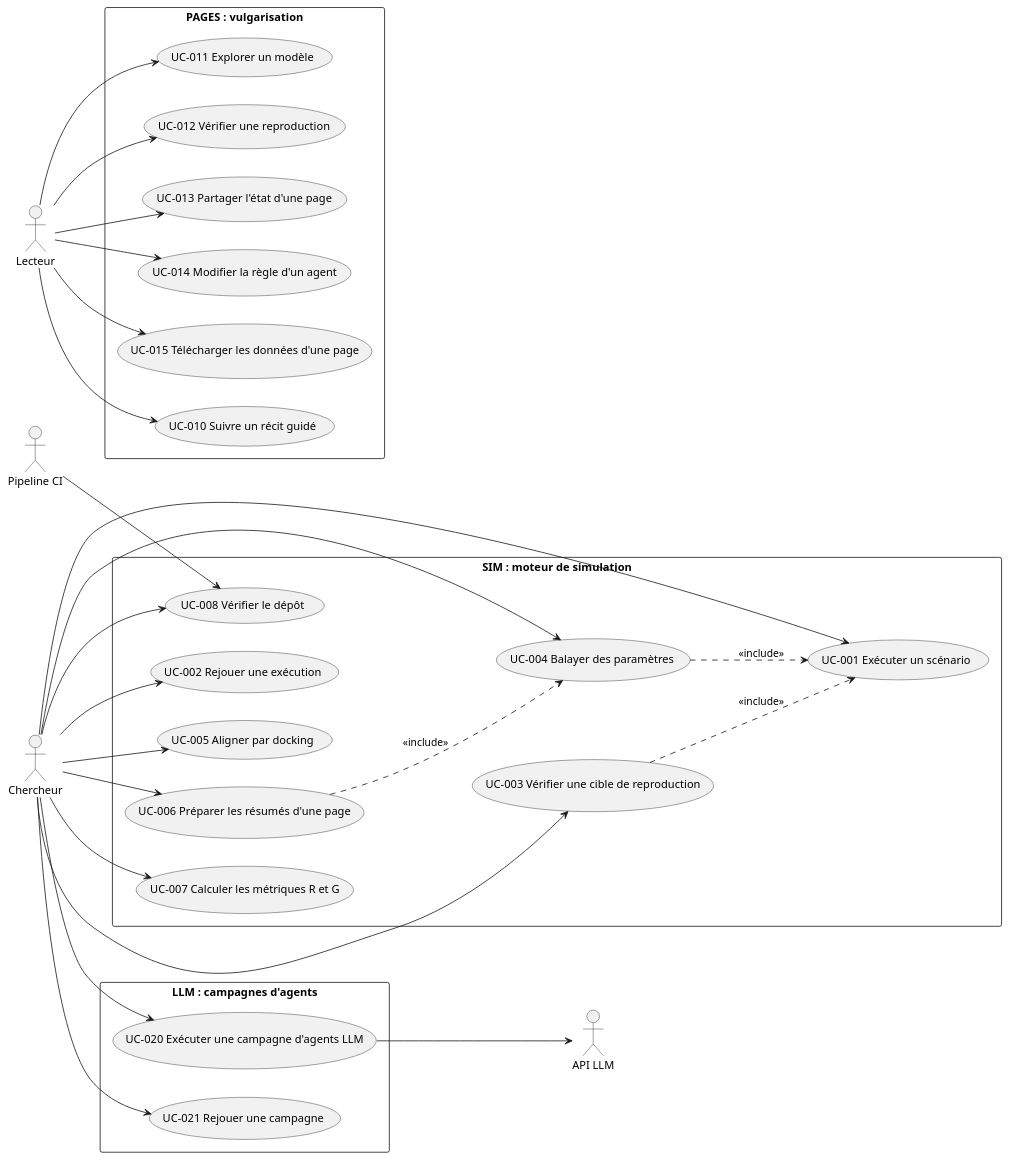
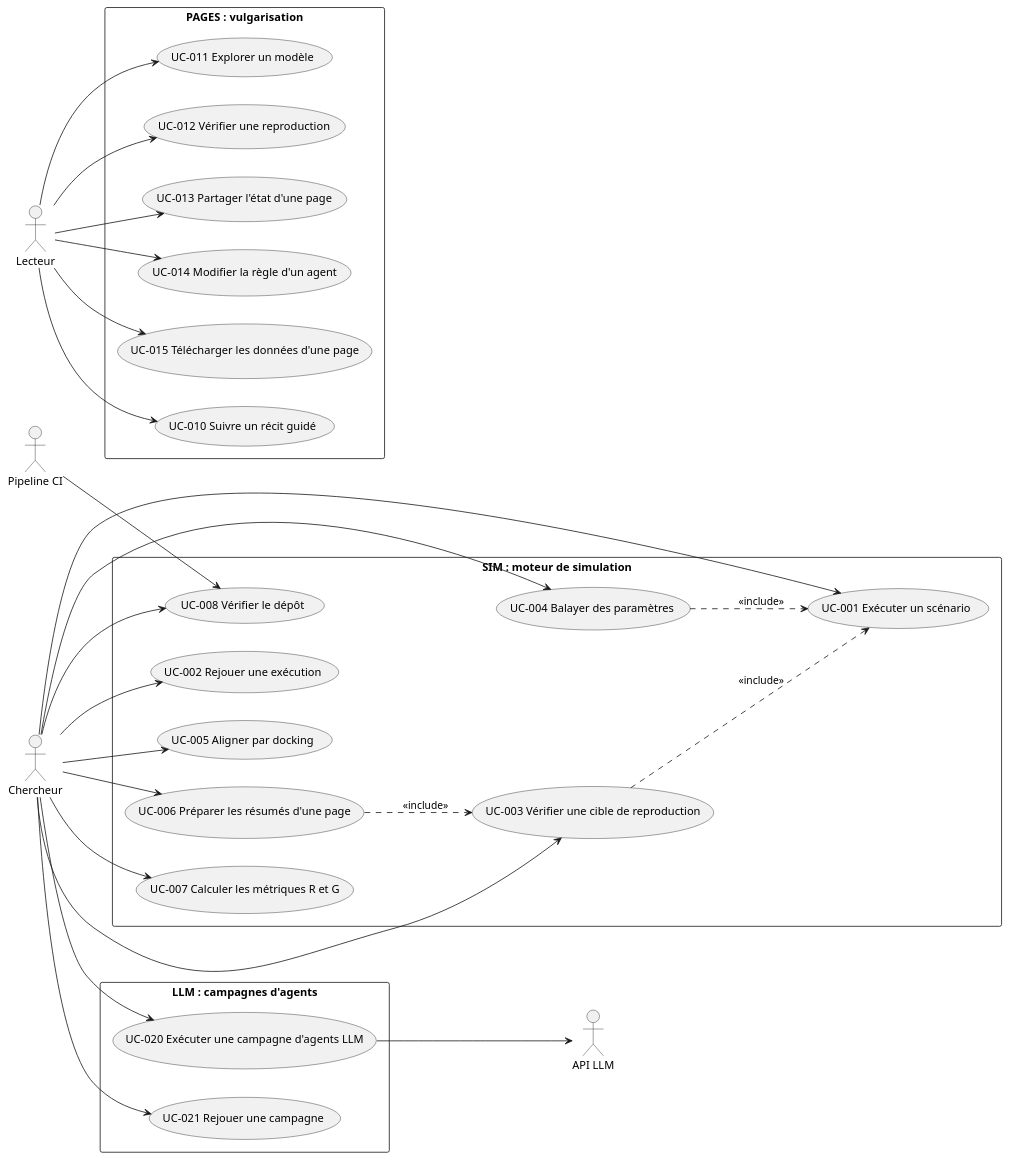
The diagram in colonies-agentique/specs/cas-utilisation.puml (agbruneau/Prospection), drawn with PlantUML before and after one commit. The commit also changed 29 other files, not shown here.

```diff
--- a/colonies-agentique/specs/cas-utilisation.puml
+++ b/colonies-agentique/specs/cas-utilisation.puml
@@ -1,61 +1,61 @@
 @startuml cas-utilisation
 ' Diagramme des cas d'utilisation de la plateforme colonies-agentique.
 ' Il sert aussi de liste de contrôle : un cas présent ici sans fichier dans cas-utilisation/ reste à rédiger.
 left to right direction
 skinparam packageStyle rectangle
 
 actor "Chercheur" as Chercheur
 actor "Pipeline CI" as CI
 actor "Lecteur" as Lecteur
 actor "API LLM" as API
 
 rectangle "SIM : moteur de simulation" {
   usecase "UC-001 Exécuter un scénario" as UC001
   usecase "UC-002 Rejouer une exécution" as UC002
   usecase "UC-003 Vérifier une cible de reproduction" as UC003
   usecase "UC-004 Balayer des paramètres" as UC004
   usecase "UC-005 Aligner par docking" as UC005
   usecase "UC-006 Préparer les résumés d'une page" as UC006
   usecase "UC-007 Calculer les métriques R et G" as UC007
   usecase "UC-008 Vérifier le dépôt" as UC008
 }
 
 rectangle "PAGES : vulgarisation" {
   usecase "UC-010 Suivre un récit guidé" as UC010
   usecase "UC-011 Explorer un modèle" as UC011
   usecase "UC-012 Vérifier une reproduction" as UC012
   usecase "UC-013 Partager l'état d'une page" as UC013
   usecase "UC-014 Modifier la règle d'un agent" as UC014
   usecase "UC-015 Télécharger les données d'une page" as UC015
 }
 
 rectangle "LLM : campagnes d'agents" {
   usecase "UC-020 Exécuter une campagne d'agents LLM" as UC020
   usecase "UC-021 Rejouer une campagne" as UC021
 }
 
 Chercheur --> UC001
 Chercheur --> UC002
 Chercheur --> UC003
 Chercheur --> UC004
 Chercheur --> UC005
 Chercheur --> UC006
 Chercheur --> UC007
 Chercheur --> UC008
 CI --> UC008
 
 Lecteur --> UC010
 Lecteur --> UC011
 Lecteur --> UC012
 Lecteur --> UC013
 Lecteur --> UC014
 Lecteur --> UC015
 
 Chercheur --> UC020
 Chercheur --> UC021
 UC020 --> API
 
 UC003 ..> UC001 : <<include>>
 UC004 ..> UC001 : <<include>>
-UC006 ..> UC004 : <<include>>
+UC006 ..> UC003 : <<include>>
 @enduml
```
